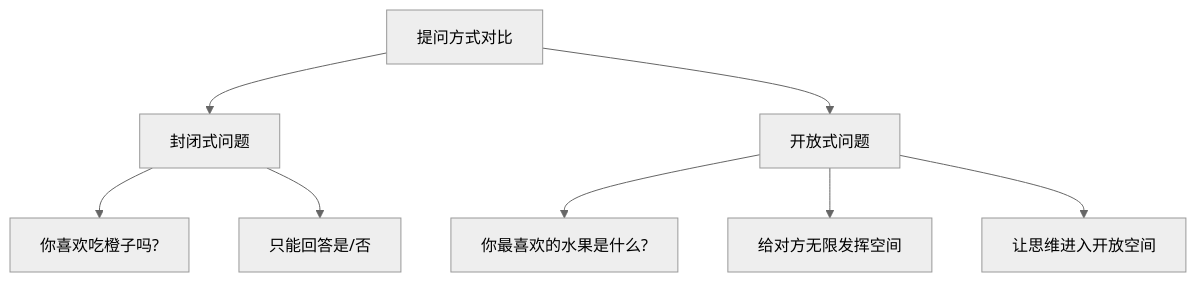
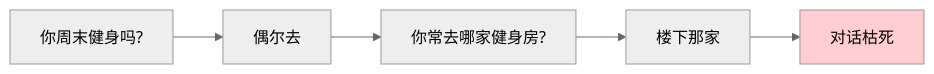
The fifth of 14 diagrams in packages/website/13.书籍/06.自我精进·立言/02.沟通实战/02.沟通能力的演进.md (chongyang211/YCBookBlog), drawn with Mermaid (neutral theme) before and after one commit. The commit also changed other lines of this file, not shown here.

````diff
--- a/packages/website/13.书籍/06.自我精进·立言/02.沟通实战/02.沟通能力的演进.md
+++ b/packages/website/13.书籍/06.自我精进·立言/02.沟通实战/02.沟通能力的演进.md
@@ -154,10 +169,8 @@
 ```mermaid
-graph TD
-    A[提问方式对比] --> B[封闭式问题]
-    A --> C[开放式问题]
-    B --> B1[你喜欢吃橙子吗?]
-    B --> B2[只能回答是/否]
-    C --> C1[你最喜欢的水果是什么?]
-    C --> C2[给对方无限发挥空间]
-    C --> D[让思维进入开放空间]
+graph LR
+    A[你周末健身吗?] --> B[偶尔去]
+    B --> C[你常去哪家健身房?]
+    C --> D[楼下那家]
+    D --> E[对话枯死]
+    style E fill:#ffcdd2
 ```
````
